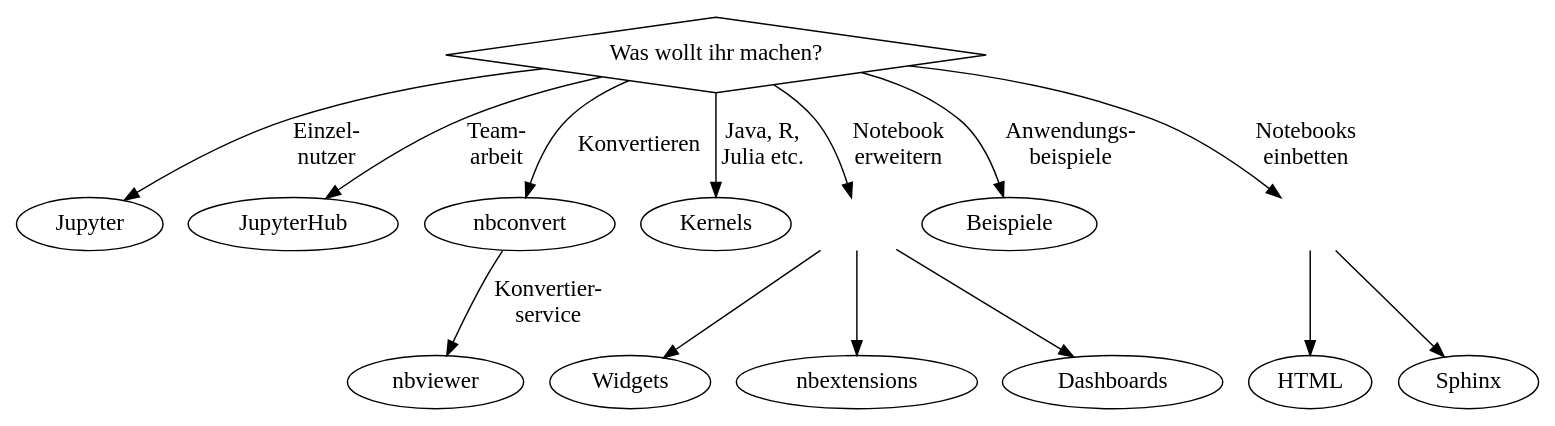
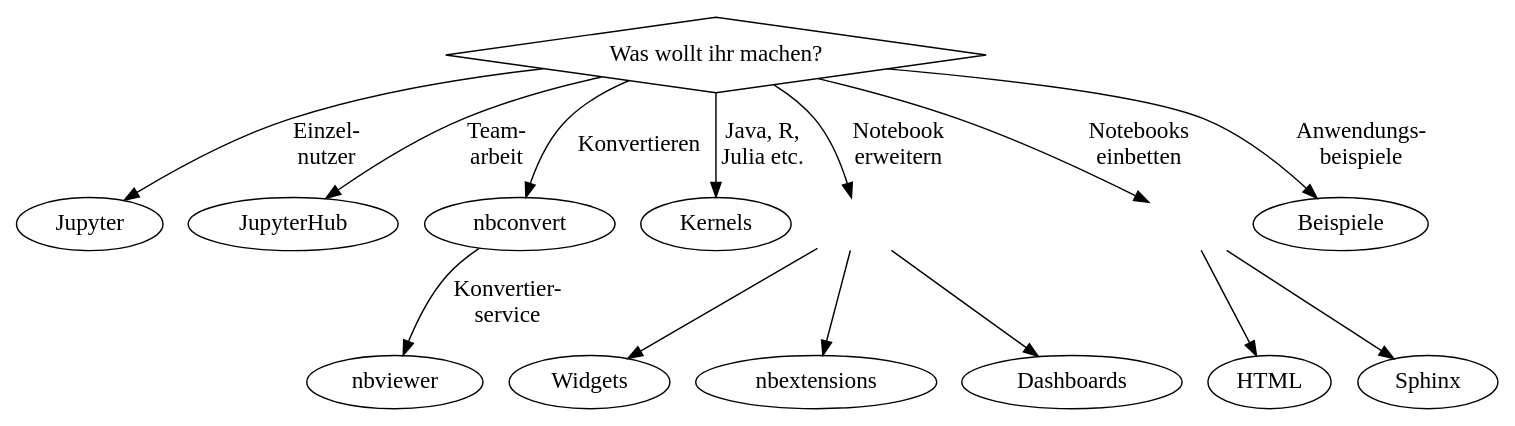
Before and after one commit to veit/jupyter-tutorial: the diagram in docs/jupyter/index.rst, drawn with Graphviz.

Commit message:
Rearrange decision graph for jupyter

```diff
--- a/docs/jupyter/index.rst
+++ b/docs/jupyter/index.rst
@@ -47,15 +47,15 @@
             shape=plaintext,
             label=" ",
             tooltip="Notebook-Erweiterungen installieren"]
+        embed [
+            shape=plaintext,
+            label="",
+            tooltip="Notebooks in andere Anwendungen einbinden"]
         examples [
             label="Beispiele",
             tooltip="Anwendungsbeispiele bei Netflix, Bloomberg etc.",
             target="_top",
             href="../jupyter/use-cases.html"]
-        embed [
-            shape=plaintext,
-            label="",
-            tooltip="Notebooks in andere Anwendungen einbinden"]
         // 3rd Level
         widgets [
             label="Widgets",
@@ -89,13 +89,13 @@
         nbconvert -> nbviewer [label="Konvertier-\nservice"]
         what -> kernels [label="Java, R,\nJulia etc."]
         what -> extensions [label="Notebook\nerweitern"]
+        what -> embed [label="Notebooks\neinbetten"]
         what -> examples [label="Anwendungs-\nbeispiele"]
-        what -> embed [label="Notebooks\neinbetten"]
         extensions -> {widgets extend dash}
         embed -> {html sphinx}
         // Arangement
         {rank = same; what;}
-        {rank = same; jupyter; hub; nbconvert; kernels; extensions; examples;embed;}
+        {rank = same; jupyter; hub; nbconvert; kernels; extensions; embed; examples;}
         {rank = same; widgets; extend; dash;}
         {rank = same; html; sphinx}
     }
```
